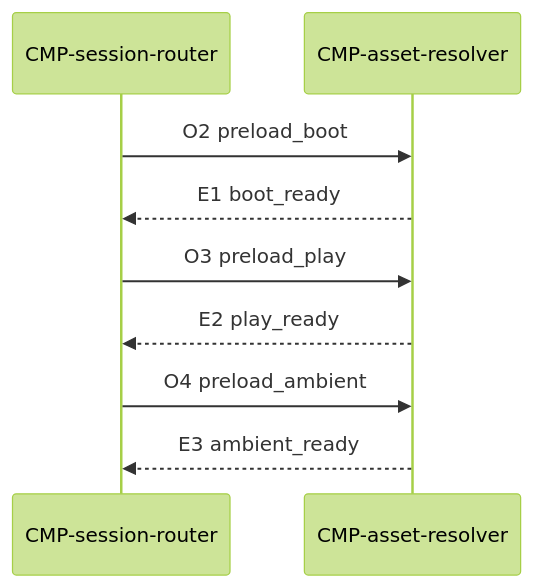
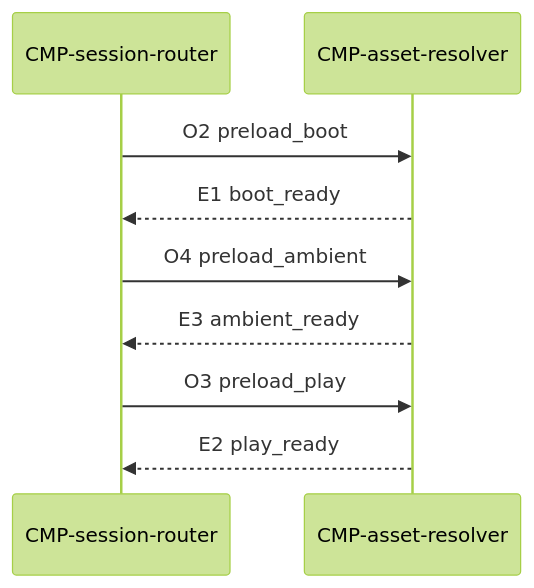
Before and after one commit to waigore/simplechessv2: the diagram in specs/technical/contracts/asset-resolve.md, drawn with Mermaid (forest theme). The commit also changed other lines of this file and 7 other files, not shown here.

First line of the commit message:
Load Ambient at mode-pick ready and start the bed there (#426)

````diff
--- a/specs/technical/contracts/asset-resolve.md
+++ b/specs/technical/contracts/asset-resolve.md
@@ -50,11 +50,11 @@
 ```mermaid
 sequenceDiagram
   participant SR as CMP-session-router
   participant AR as CMP-asset-resolver
   SR->>AR: O2 preload_boot
   AR-->>SR: E1 boot_ready
+  SR->>AR: O4 preload_ambient
+  AR-->>SR: E3 ambient_ready
   SR->>AR: O3 preload_play
   AR-->>SR: E2 play_ready
-  SR->>AR: O4 preload_ambient
-  AR-->>SR: E3 ambient_ready
 ```
````
